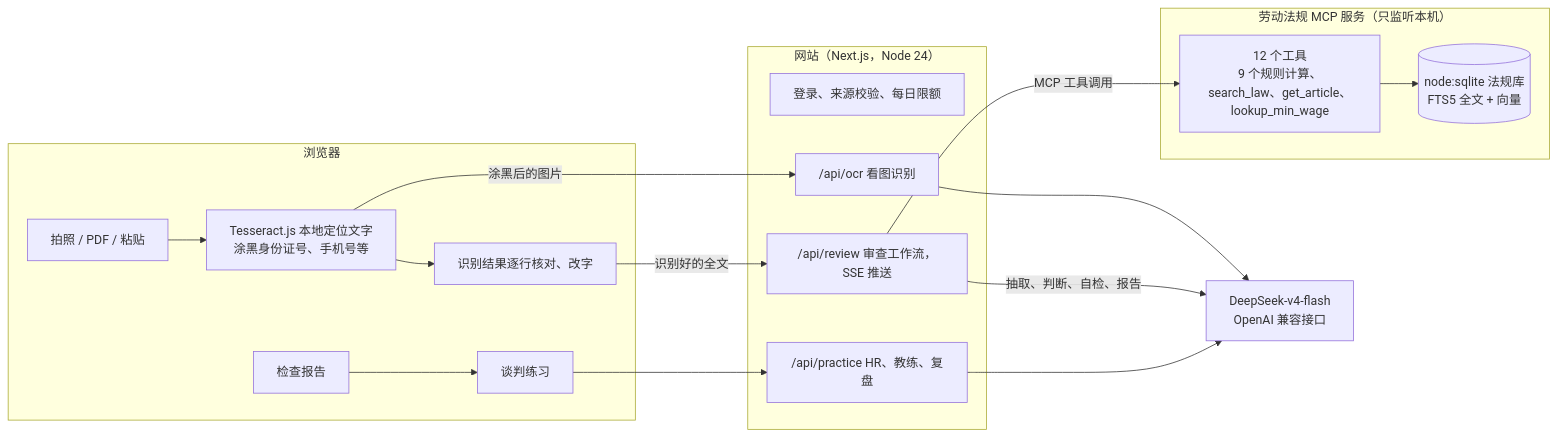
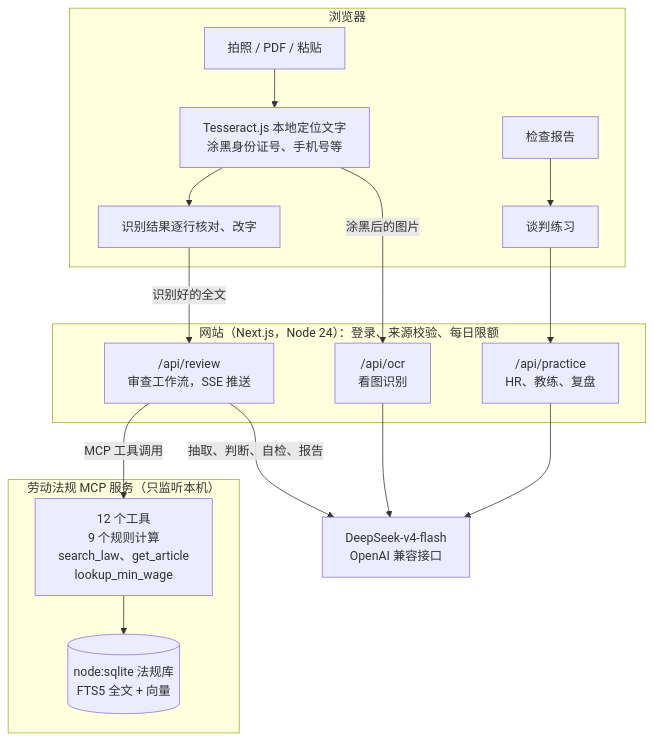
One commit to xr662/presign changed the diagram in README.md. Above: the diagram before and after it, drawn with Mermaid. The commit also changed 6 other files, not shown here.

````diff
--- a/README.md
+++ b/README.md
@@ -51,27 +51,26 @@
 ```mermaid
-flowchart LR
+flowchart TB
   subgraph browser["浏览器"]
     A["拍照 / PDF / 粘贴"] --> B["Tesseract.js 本地定位文字<br/>涂黑身份证号、手机号等"]
     B --> C["识别结果逐行核对、改字"]
     E["检查报告"] --> F["谈判练习"]
   end
-  subgraph web["网站（Next.js，Node 24）"]
-    G["登录、来源校验、每日限额"]
-    O["/api/ocr 看图识别"]
-    R["/api/review 审查工作流，SSE 推送"]
-    P["/api/practice HR、教练、复盘"]
+  subgraph web["网站（Next.js，Node 24）：登录、来源校验、每日限额"]
+    R["/api/review<br/>审查工作流，SSE 推送"]
+    O["/api/ocr<br/>看图识别"]
+    P["/api/practice<br/>HR、教练、复盘"]
   end
   subgraph mcpsvc["劳动法规 MCP 服务（只监听本机）"]
-    T["12 个工具<br/>9 个规则计算、search_law、get_article、lookup_min_wage"]
+    T["12 个工具<br/>9 个规则计算<br/>search_law、get_article<br/>lookup_min_wage"]
     DB[("node:sqlite 法规库<br/>FTS5 全文 + 向量")]
   end
   LLM["DeepSeek-v4-flash<br/>OpenAI 兼容接口"]
+  C -- 识别好的全文 --> R
   B -- 涂黑后的图片 --> O
-  C -- 识别好的全文 --> R
-  O --> LLM
-  R -- 抽取、判断、自检、报告 --> LLM
+  F --> P
   R -- MCP 工具调用 --> T
   T --> DB
-  F --> P
+  R -- 抽取、判断、自检、报告 --> LLM
+  O --> LLM
   P --> LLM
 ```
````
